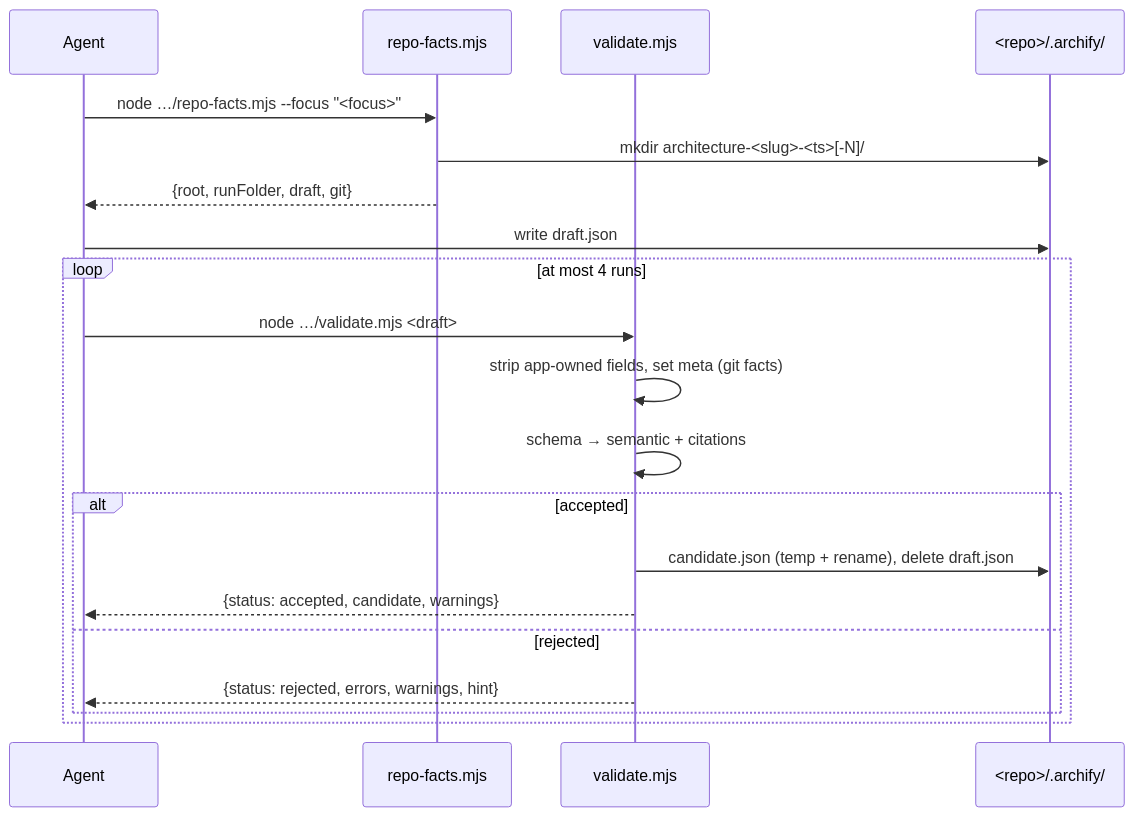
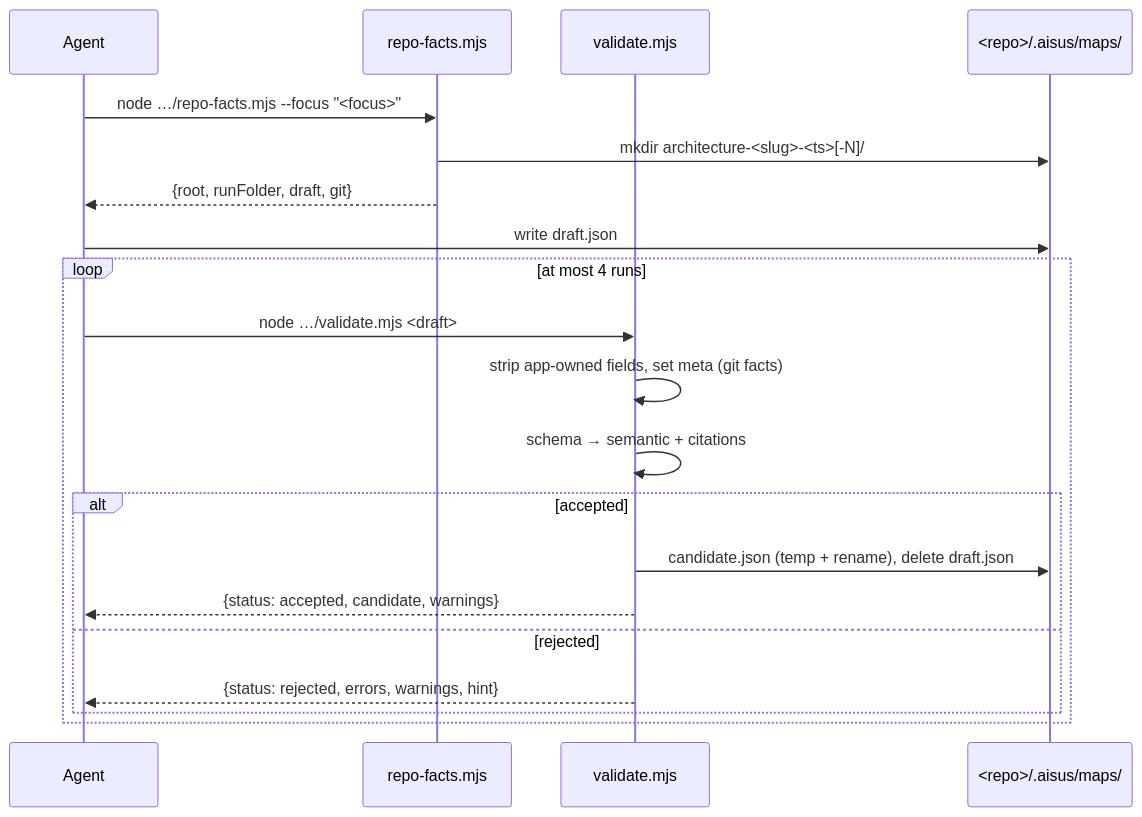
Before and after one commit to aisusdev/aisus: the second of 4 diagrams in docs/architecture.md, drawn with Mermaid. The commit also changed other lines of this file and 130 other files, not shown here.

First line of the commit message:
v0.3 toolkit cut: maps live in .aisus/maps/ and learning sessions in .aisus/sessions/

````diff
--- a/docs/architecture.md
+++ b/docs/architecture.md
@@ -262,22 +262,22 @@
 ```mermaid
 sequenceDiagram
   participant A as Agent
   participant RF as repo-facts.mjs
   participant V as validate.mjs
-  participant FS as <repo>/.archify/
+  participant FS as <repo>/.aisus/maps/
   A->>RF: node …/repo-facts.mjs --focus "<focus>"
   RF->>FS: mkdir architecture-<slug>-<ts>[-N]/
   RF-->>A: {root, runFolder, draft, git}
   A->>FS: write draft.json
   loop at most 4 runs
     A->>V: node …/validate.mjs <draft>
     V->>V: strip app-owned fields, set meta (git facts)
     V->>V: schema → semantic + citations
     alt accepted
       V->>FS: candidate.json (temp + rename), delete draft.json
       V-->>A: {status: accepted, candidate, warnings}
     else rejected
       V-->>A: {status: rejected, errors, warnings, hint}
     end
   end
 ```
````
